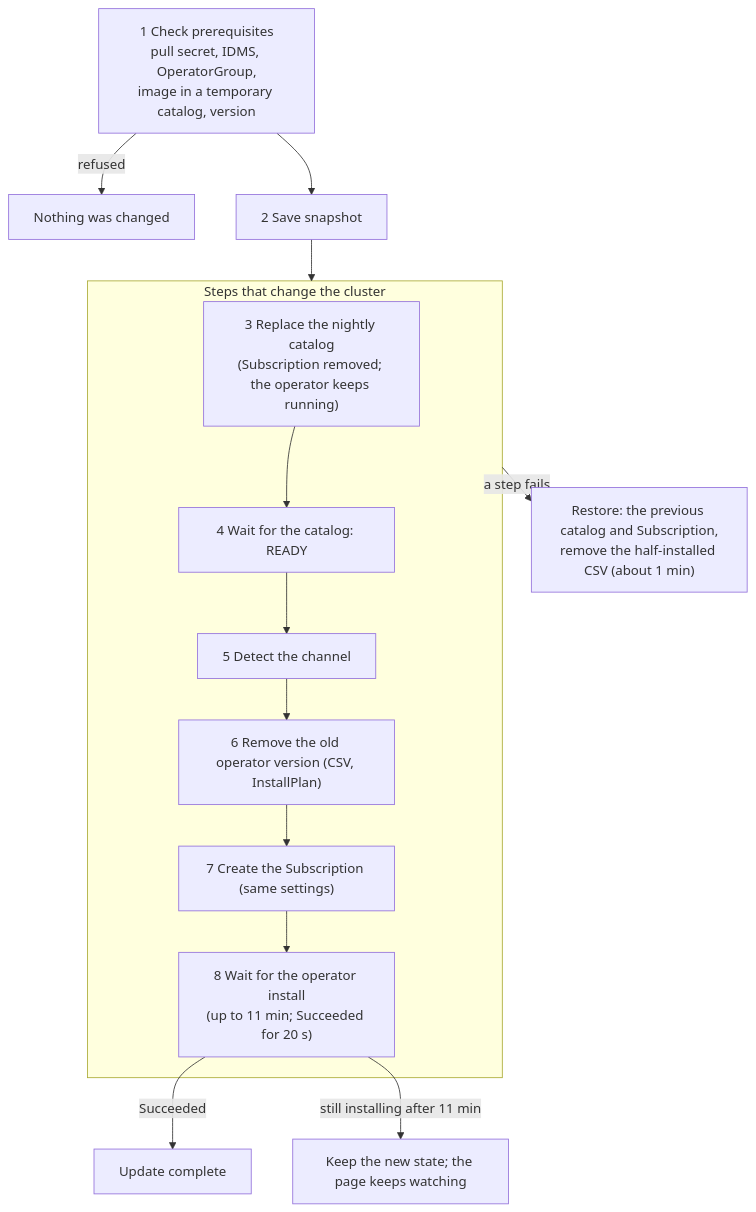
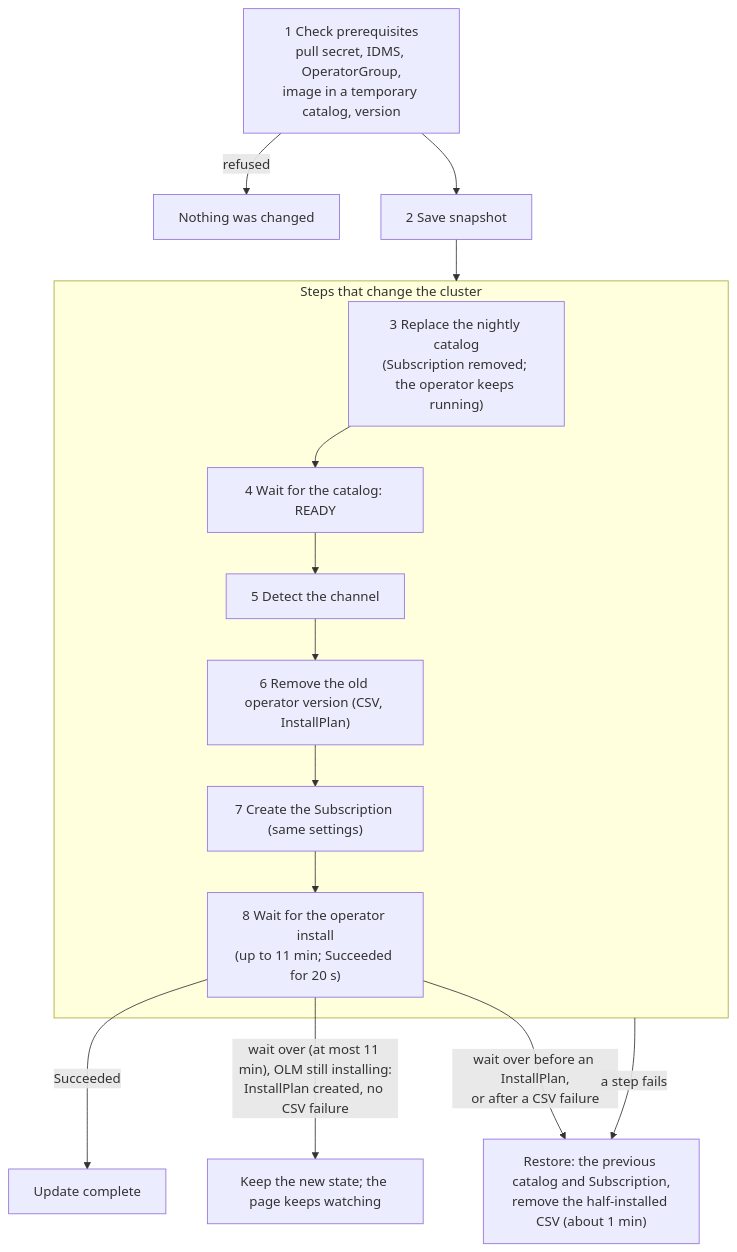
One commit to DaoDaoNoCode/rhoai-nightly-updater changed the second of 3 diagrams in RUNBOOK.md. Above: the diagram before and after it, drawn with Mermaid. The commit also changed other lines of this file and 8 other files, not shown here.

First line of the commit message:
fix(operator): never quote the kubelet's pull message; word the install wait as a maximum

````diff
--- a/RUNBOOK.md
+++ b/RUNBOOK.md
@@ -239,16 +239,17 @@
 ```mermaid
 flowchart TD
   S1["1 Check prerequisites<br>pull secret, IDMS, OperatorGroup,<br>image in a temporary catalog, version"] -->|refused| R0["Nothing was changed"]
   S1 --> S2["2 Save snapshot"]
   S2 --> C
   subgraph C ["Steps that change the cluster"]
     S3["3 Replace the nightly catalog<br>(Subscription removed; the operator keeps running)"] --> S4["4 Wait for the catalog: READY"]
     S4 --> S5["5 Detect the channel"]
     S5 --> S6["6 Remove the old operator version (CSV, InstallPlan)"]
     S6 --> S7["7 Create the Subscription (same settings)"]
     S7 --> S8["8 Wait for the operator install<br>(up to 11 min; Succeeded for 20 s)"]
   end
   S8 -->|Succeeded| OK["Update complete"]
-  S8 -->|"still installing after 11 min"| KEEP["Keep the new state; the page keeps watching"]
+  S8 -->|"wait over (at most 11 min), OLM still installing:<br>InstallPlan created, no CSV failure"| KEEP["Keep the new state; the page keeps watching"]
+  S8 -->|"wait over before an InstallPlan,<br>or after a CSV failure"| RS
   C -->|"a step fails"| RS["Restore: the previous catalog and Subscription,<br>remove the half-installed CSV (about 1 min)"]
 ```
````
